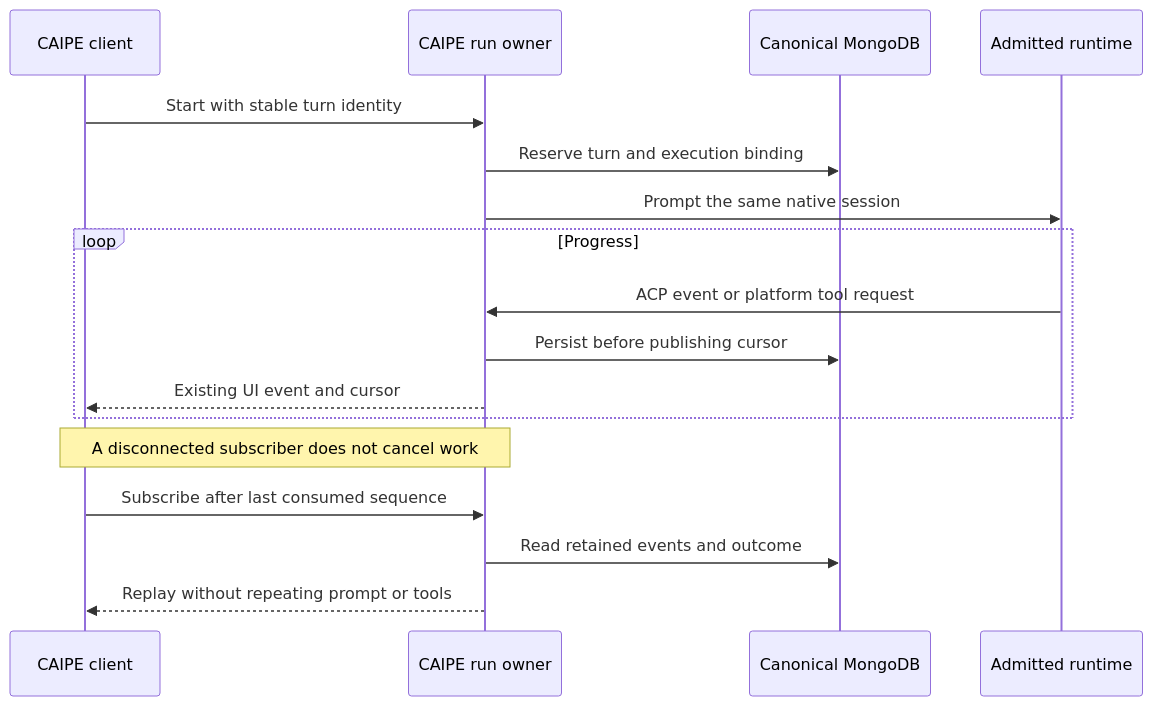
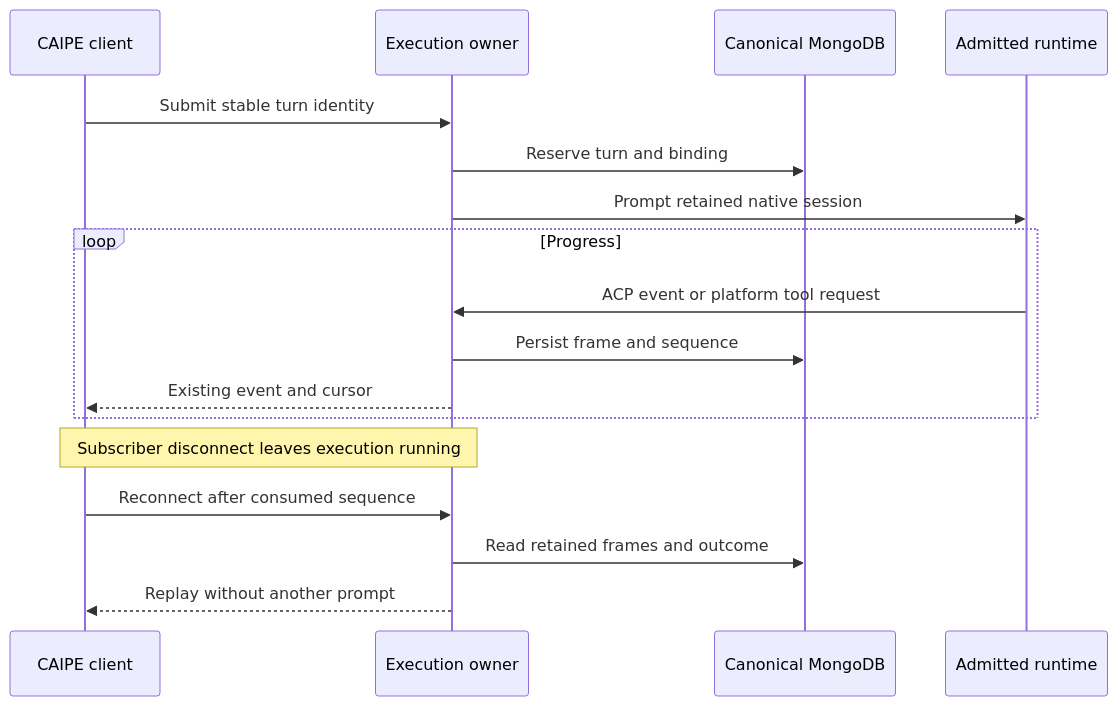
Before and after one commit to cnoe-io/ai-platform-engineering: the second of 3 diagrams in docs/docs/architecture/native-acp-metaharness.md, drawn with Mermaid. The commit also changed other lines of this file and 8 other files, not shown here.

````diff
--- a/docs/docs/architecture/native-acp-metaharness.md
+++ b/docs/docs/architecture/native-acp-metaharness.md
@@ -174,19 +89,19 @@
 ```mermaid
 sequenceDiagram
   participant UI as CAIPE client
-  participant Service as CAIPE run owner
+  participant Service as Execution owner
   participant DB as Canonical MongoDB
   participant Agent as Admitted runtime
-  UI->>Service: Start with stable turn identity
-  Service->>DB: Reserve turn and execution binding
-  Service->>Agent: Prompt the same native session
+  UI->>Service: Submit stable turn identity
+  Service->>DB: Reserve turn and binding
+  Service->>Agent: Prompt retained native session
   loop Progress
     Agent->>Service: ACP event or platform tool request
-    Service->>DB: Persist before publishing cursor
-    Service-->>UI: Existing UI event and cursor
+    Service->>DB: Persist frame and sequence
+    Service-->>UI: Existing event and cursor
   end
-  Note over UI,Service: A disconnected subscriber does not cancel work
-  UI->>Service: Subscribe after last consumed sequence
-  Service->>DB: Read retained events and outcome
-  Service-->>UI: Replay without repeating prompt or tools
+  Note over UI,Service: Subscriber disconnect leaves execution running
+  UI->>Service: Reconnect after consumed sequence
+  Service->>DB: Read retained frames and outcome
+  Service-->>UI: Replay without another prompt
 ```
````
